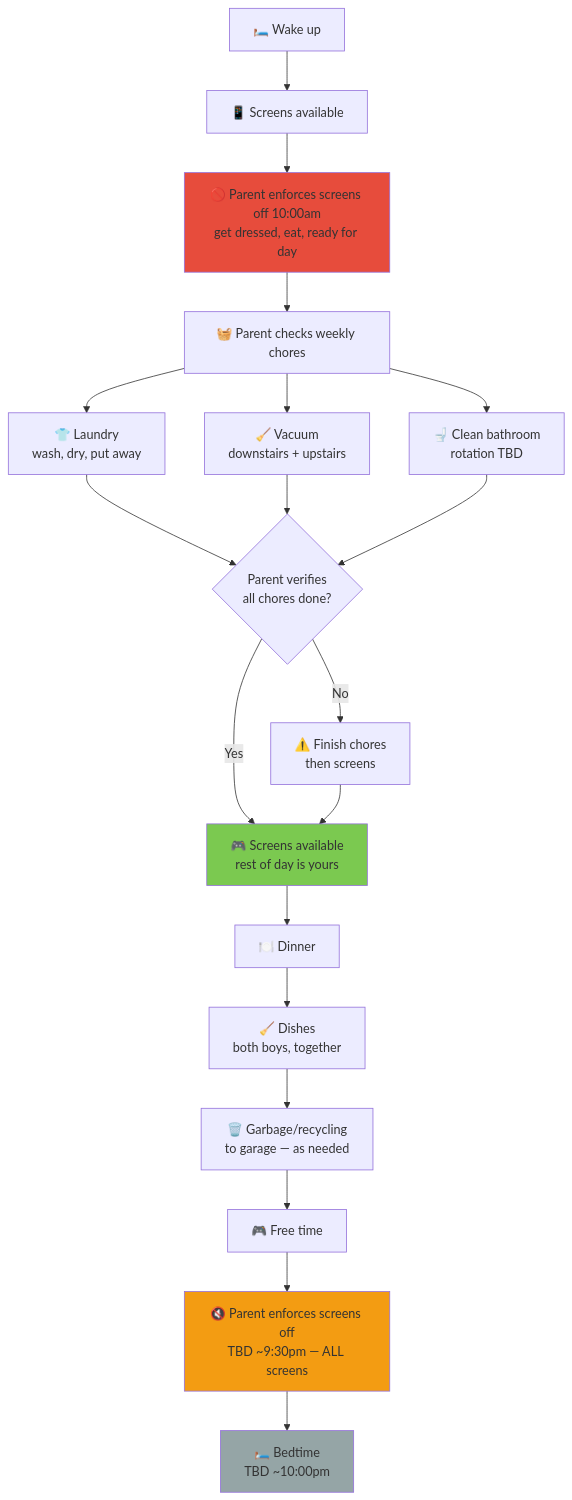
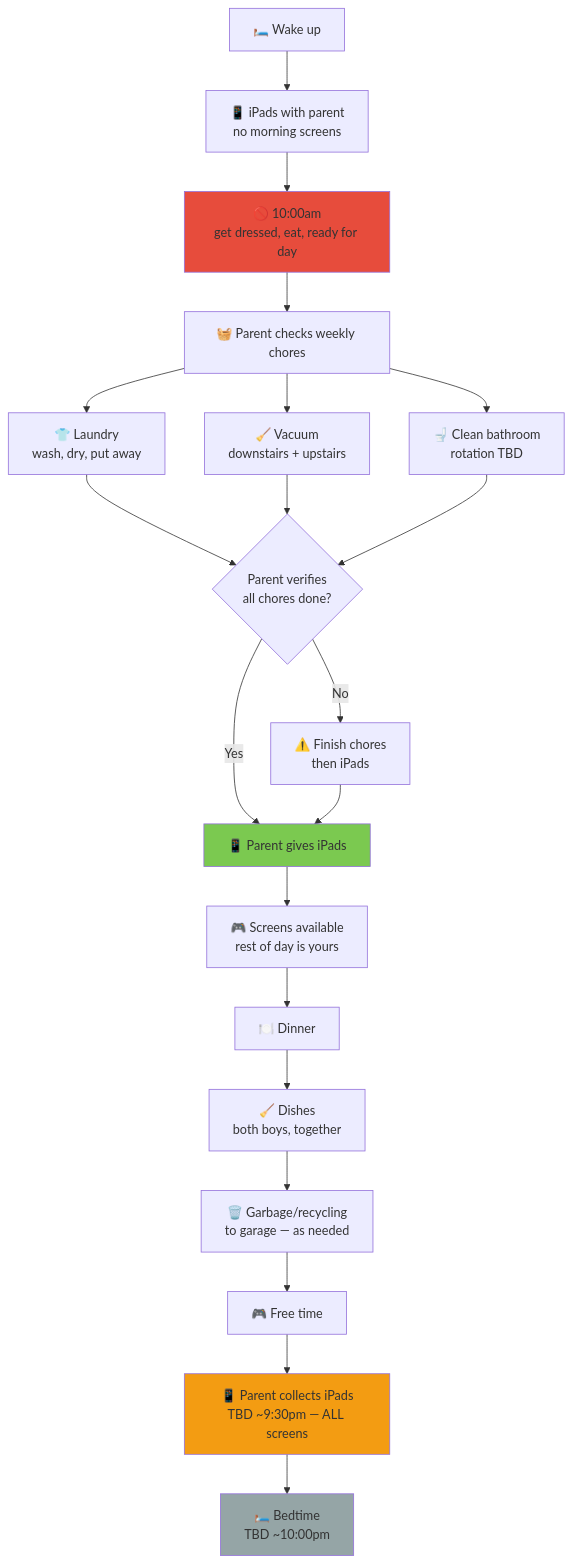
One commit to ajass/technology-reset changed the first of 2 diagrams in day-types/02-saturday.md. Above: the diagram before and after it, drawn with Mermaid. The commit also changed other lines of this file and 8 other files, not shown here.

````diff
--- a/day-types/02-saturday.md
+++ b/day-types/02-saturday.md
@@ -17,26 +17,27 @@
 ```mermaid
 flowchart TD
-    A["🛏️ Wake up"] --> B["📱 Screens available"]
-    B --> C["🚫 Parent enforces screens off 10:00am<br/>get dressed, eat, ready for day"]
+    A["🛏️ Wake up"] --> IP["📱 iPads with parent<br/>no morning screens"]
+    IP --> C["🚫 10:00am<br/>get dressed, eat, ready for day"]
     C --> D["🧺 Parent checks weekly chores"]
     D --> D1["👕 Laundry<br/>wash, dry, put away"]
     D --> D2["🧹 Vacuum<br/>downstairs + upstairs"]
     D --> D3["🚽 Clean bathroom<br/>rotation TBD"]
     D1 --> E{"Parent verifies<br/>all chores done?"}
     D2 --> E
     D3 --> E
-    E -->|Yes| F["🎮 Screens available<br/>rest of day is yours"]
-    E -->|No| G["⚠️ Finish chores<br/>then screens"]
-    G --> F
+    E -->|Yes| DG["📱 Parent gives iPads"]
+    E -->|No| G["⚠️ Finish chores<br/>then iPads"]
+    G --> DG
+    DG --> F["🎮 Screens available<br/>rest of day is yours"]
     F --> H["🍽️ Dinner"]
     H --> J["🧹 Dishes<br/>both boys, together"]
     J --> K["🗑️ Garbage/recycling<br/>to garage — as needed"]
     K --> L["🎮 Free time"]
-    L --> M["🔇 Parent enforces screens off<br/>TBD ~9:30pm — ALL screens"]
+    L --> M["📱 Parent collects iPads<br/>TBD ~9:30pm — ALL screens"]
     M --> N["🛏️ Bedtime<br/>TBD ~10:00pm"]
 
     style C fill:#e74c3c
-    style F fill:#7bc950
+    style DG fill:#7bc950
     style M fill:#f39c12
     style N fill:#95a5a6
 ```
````
